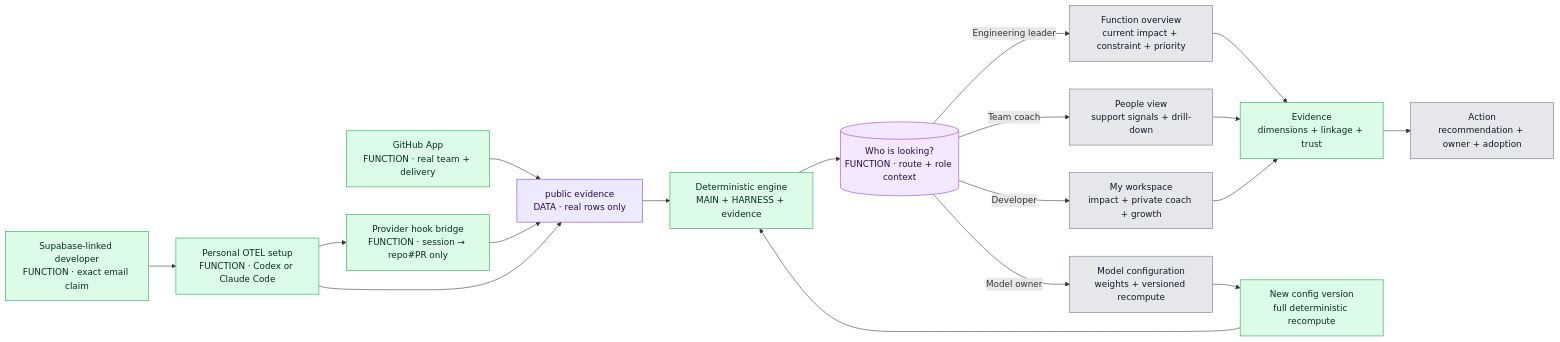
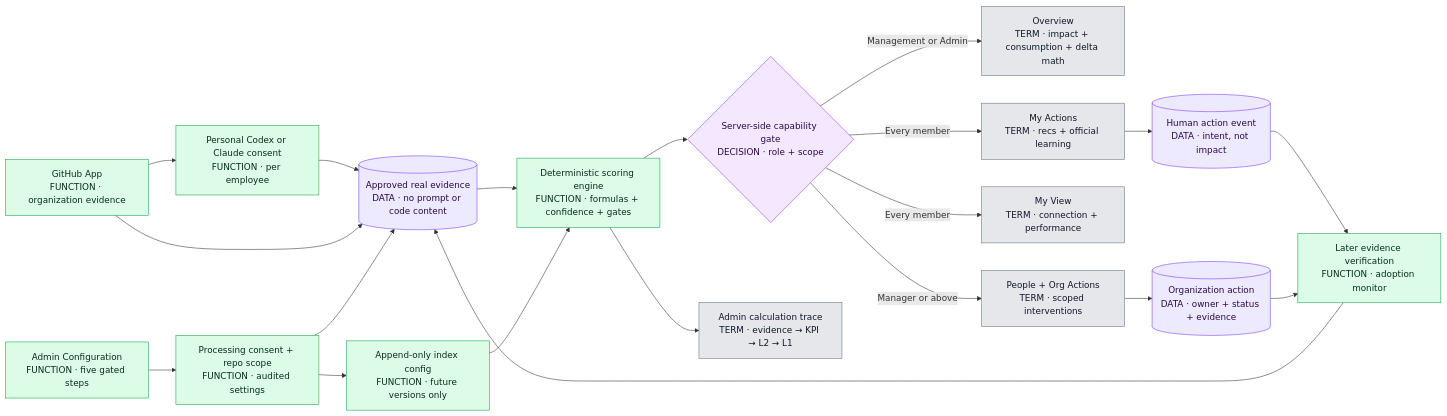
The diagram in docs/mermaid/01-product-flow.mmd (APareek89/prism_v1), drawn with Mermaid before and after one commit. The commit also changed 46 other files, not shown here.

Commit message:
Add configurable organization workflow (#14)

```diff
--- a/docs/mermaid/01-product-flow.mmd
+++ b/docs/mermaid/01-product-flow.mmd
@@ -1,32 +1,32 @@
 %% Prism product decision flow
-%% verified: 2026-07-18 metadata-only PR-link enrichment
-%% files: apps/web/components/layout/AppShell.tsx, apps/web/app/(views)/function/page.tsx, apps/web/app/(views)/team/page.tsx, apps/web/app/(views)/me/page.tsx, apps/web/app/(views)/configure/page.tsx, apps/web/lib/db/index.ts
+%% verified: 2026-07-18 configuration + role-aware action workflow
+%% files: apps/web/lib/nav/routes.ts, apps/web/app/(views)/configure/page.tsx, apps/web/app/(views)/function/page.tsx, apps/web/app/(views)/me/page.tsx, apps/web/app/(views)/my-actions/page.tsx, apps/web/app/(views)/org-actions/page.tsx
 %% granularity: master
 flowchart LR
-  K["GitHub App<br/>FUNCTION · real team + delivery"] --> A["public evidence<br/>DATA · real rows only"]
-  L["Supabase-linked developer<br/>FUNCTION · exact email claim"] --> M["Personal OTEL setup<br/>FUNCTION · Codex or Claude Code"]
-  M --> N["Provider hook bridge<br/>FUNCTION · session → repo#PR only"]
-  N --> A
-  M --> A
-  A --> B["Deterministic engine<br/>MAIN + HARNESS + evidence"]
-  B --> C[("Who is looking?<br/>FUNCTION · route + role context")]
-  C -->|"Engineering leader"| D["Function overview<br/>current impact + constraint + priority"]
-  C -->|"Team coach"| E["People view<br/>support signals + drill-down"]
-  C -->|"Developer"| F["My workspace<br/>impact + private coach + growth"]
-  C -->|"Model owner"| G["Model configuration<br/>weights + versioned recompute"]
-  D --> H["Evidence<br/>dimensions + linkage + trust"]
-  E --> H
-  F --> H
-  H --> I["Action<br/>recommendation + owner + adoption"]
-  G --> J["New config version<br/>full deterministic recompute"]
-  J --> B
-  class K,L,M,N,B,H,J fn;
-  class A data;
-  class C dec;
-  class D,E,F,G,I term;
-  classDef agent fill:#dbeafe,stroke:#2563eb,color:#0b2a5b;
+  A["GitHub App<br/>FUNCTION · organization evidence"] --> B["Personal Codex or Claude consent<br/>FUNCTION · per employee"]
+  B --> C[("Approved real evidence<br/>DATA · no prompt or code content")]
+  A --> C
+  D["Admin Configuration<br/>FUNCTION · five gated steps"] --> E["Processing consent + repo scope<br/>FUNCTION · audited settings"]
+  E --> C
+  E --> F["Append-only index config<br/>FUNCTION · future versions only"]
+  C --> G["Deterministic scoring engine<br/>FUNCTION · formulas + confidence + gates"]
+  F --> G
+  G --> H{"Server-side capability gate<br/>DECISION · role + scope"}
+  H -->|"Management or Admin"| I["Overview<br/>TERM · impact + consumption + delta math"]
+  H -->|"Manager or above"| J["People + Org Actions<br/>TERM · scoped interventions"]
+  H -->|"Every member"| K["My View<br/>TERM · connection + performance"]
+  H -->|"Every member"| L["My Actions<br/>TERM · recs + official learning"]
+  G --> M["Admin calculation trace<br/>TERM · evidence → KPI → L2 → L1"]
+  L --> N[("Human action event<br/>DATA · intent, not impact")]
+  J --> O[("Organization action<br/>DATA · owner + status + evidence")]
+  N --> P["Later evidence verification<br/>FUNCTION · adoption monitor"]
+  O --> P
+  P --> C
+  class A,B,D,E,F,G,P fn;
+  class C,N,O data;
+  class H dec;
+  class I,J,K,L,M term;
   classDef fn fill:#dcfce7,stroke:#16a34a,color:#052e16;
   classDef dec fill:#f3e8ff,stroke:#9333ea,color:#2a0a4a;
   classDef term fill:#e5e7eb,stroke:#6b7280,color:#111827;
-  classDef ask fill:#cffafe,stroke:#0891b2,color:#083344;
   classDef data fill:#ede9fe,stroke:#7c3aed,color:#2a0a4a;
```
